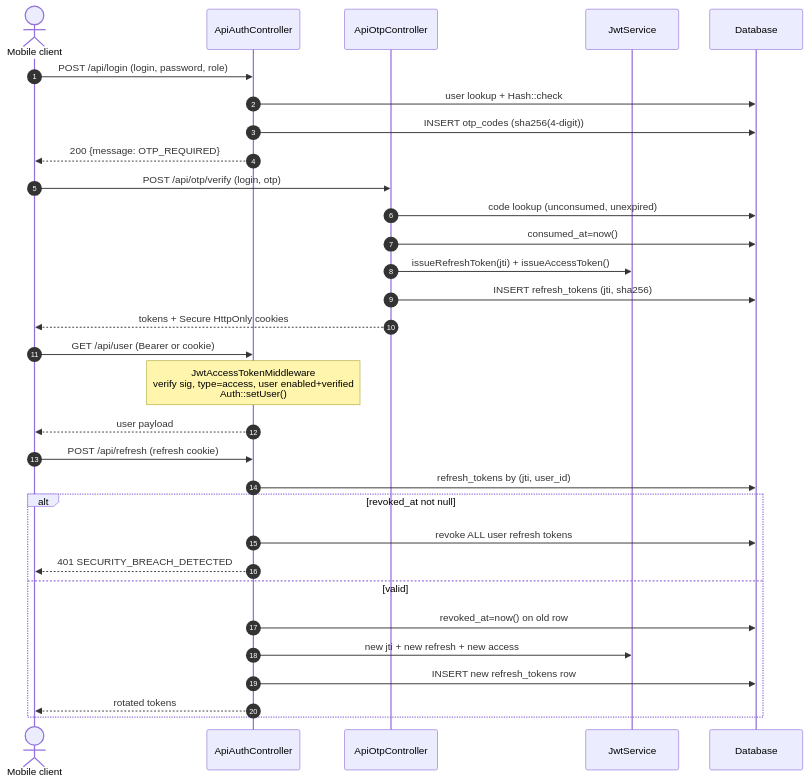
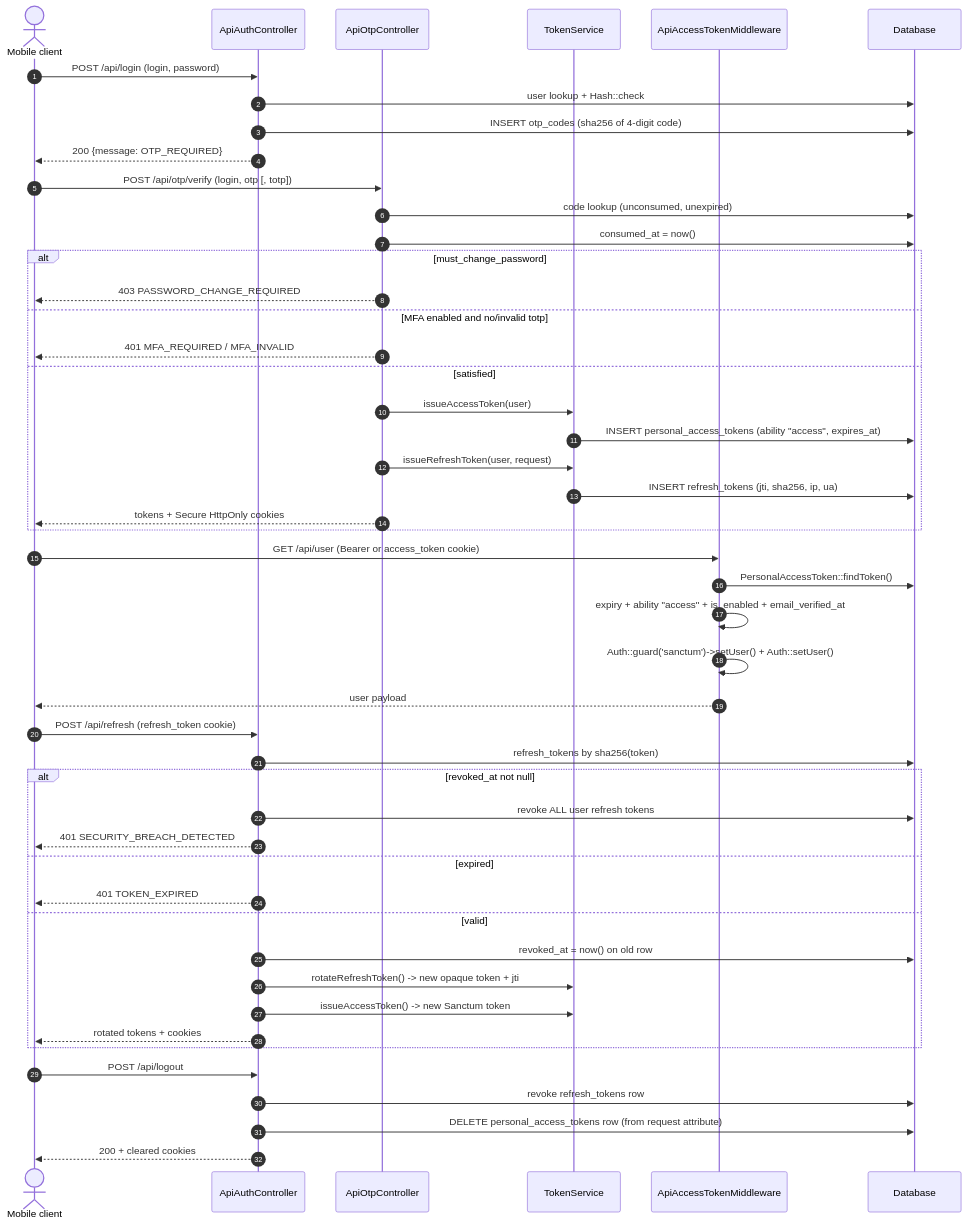
The third of 4 diagrams in docs/AUTH_WORKFLOW.md (mickyt-oke/new_redas), drawn with Mermaid before and after one commit. The commit also changed other lines of this file and 15 other files, not shown here.

Commit message:
Update and fix for migration file 2026_10_21_092247_hash_existing_mfa_backup_codes Update on node files

````diff
--- a/docs/AUTH_WORKFLOW.md
+++ b/docs/AUTH_WORKFLOW.md
@@ -1214,37 +1214,55 @@
 ```mermaid
 sequenceDiagram
     autonumber
     actor App as Mobile client
     participant AC as ApiAuthController
     participant OC as ApiOtpController
-    participant JWT as JwtService
+    participant TS as TokenService
+    participant MW as ApiAccessTokenMiddleware
     participant DB as Database
 
-    App->>AC: POST /api/login (login, password, role)
+    App->>AC: POST /api/login (login, password)
     AC->>DB: user lookup + Hash::check
-    AC->>DB: INSERT otp_codes (sha256(4-digit))
+    AC->>DB: INSERT otp_codes (sha256 of 4-digit code)
     AC-->>App: 200 {message: OTP_REQUIRED}
 
-    App->>OC: POST /api/otp/verify (login, otp)
+    App->>OC: POST /api/otp/verify (login, otp [, totp])
     OC->>DB: code lookup (unconsumed, unexpired)
-    OC->>DB: consumed_at=now()
-    OC->>JWT: issueRefreshToken(jti) + issueAccessToken()
-    OC->>DB: INSERT refresh_tokens (jti, sha256)
-    OC-->>App: tokens + Secure HttpOnly cookies
+    OC->>DB: consumed_at = now()
+    alt must_change_password
+        OC-->>App: 403 PASSWORD_CHANGE_REQUIRED
+    else MFA enabled and no/invalid totp
+        OC-->>App: 401 MFA_REQUIRED / MFA_INVALID
+    else satisfied
+        OC->>TS: issueAccessToken(user)
+        TS->>DB: INSERT personal_access_tokens (ability "access", expires_at)
+        OC->>TS: issueRefreshToken(user, request)
+        TS->>DB: INSERT refresh_tokens (jti, sha256, ip, ua)
+        OC-->>App: tokens + Secure HttpOnly cookies
+    end
 
-    App->>AC: GET /api/user (Bearer or cookie)
-    Note over AC: JwtAccessTokenMiddleware<br/>verify sig, type=access, user enabled+verified<br/>Auth::setUser()
-    AC-->>App: user payload
+    App->>MW: GET /api/user (Bearer or access_token cookie)
+    MW->>DB: PersonalAccessToken::findToken()
+    MW->>MW: expiry + ability "access" + is_enabled + email_verified_at
+    MW->>MW: Auth::guard('sanctum')->setUser() + Auth::setUser()
+    MW-->>App: user payload
 
-    App->>AC: POST /api/refresh (refresh cookie)
-    AC->>DB: refresh_tokens by (jti, user_id)
+    App->>AC: POST /api/refresh (refresh_token cookie)
+    AC->>DB: refresh_tokens by sha256(token)
     alt revoked_at not null
         AC->>DB: revoke ALL user refresh tokens
         AC-->>App: 401 SECURITY_BREACH_DETECTED
+    else expired
+        AC-->>App: 401 TOKEN_EXPIRED
     else valid
-        AC->>DB: revoked_at=now() on old row
-        AC->>JWT: new jti + new refresh + new access
-        AC->>DB: INSERT new refresh_tokens row
-        AC-->>App: rotated tokens
+        AC->>DB: revoked_at = now() on old row
+        AC->>TS: rotateRefreshToken() -> new opaque token + jti
+        AC->>TS: issueAccessToken() -> new Sanctum token
+        AC-->>App: rotated tokens + cookies
     end
+
+    App->>AC: POST /api/logout
+    AC->>DB: revoke refresh_tokens row
+    AC->>DB: DELETE personal_access_tokens row (from request attribute)
+    AC-->>App: 200 + cleared cookies
 ```
````
